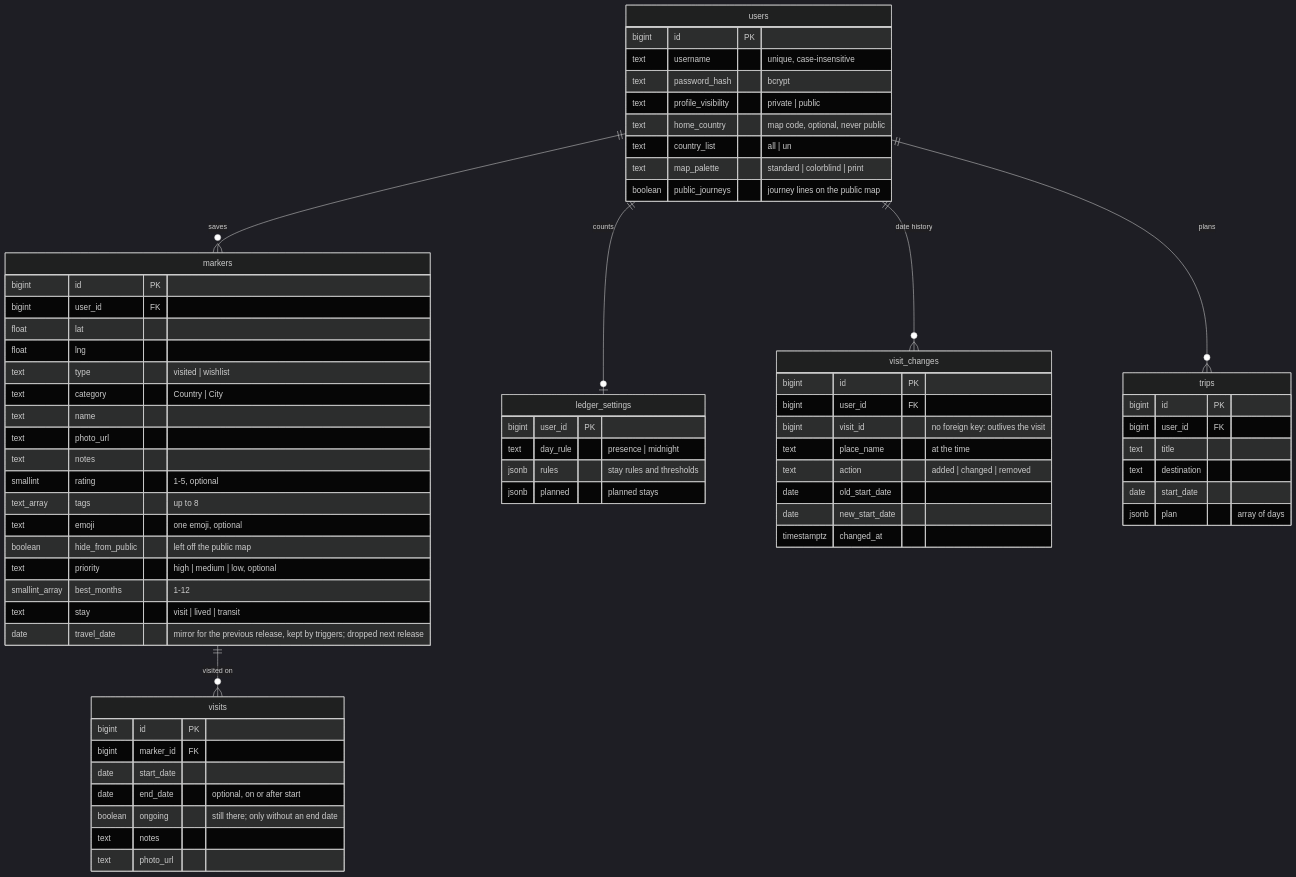
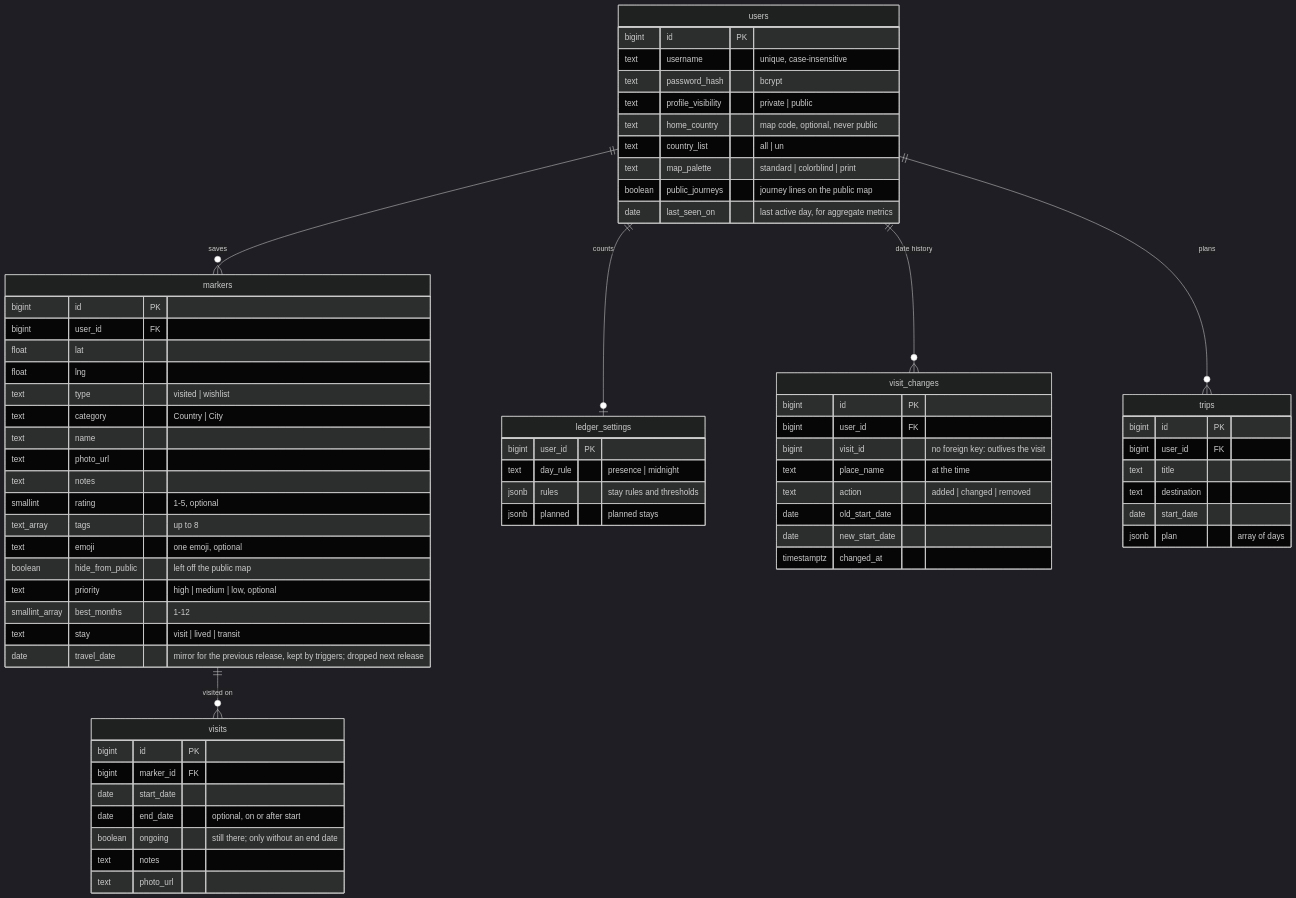
The diagram in docs/data-model.md (chefzaid/travelmapster), drawn with Mermaid (dark theme) before and after one commit. The commit also changed other lines of this file and 17 other files, not shown here.

Commit message:
Count the product funnel and account activity in aggregate metrics, without third-party analytics

````diff
--- a/docs/data-model.md
+++ b/docs/data-model.md
@@ -8,70 +8,71 @@
 ```mermaid
 erDiagram
     users ||--o{ markers : saves
     markers ||--o{ visits : "visited on"
     users ||--o| ledger_settings : counts
     users ||--o{ visit_changes : "date history"
     users ||--o{ trips : plans
     users {
         bigint id PK
         text username "unique, case-insensitive"
         text password_hash "bcrypt"
         text profile_visibility "private | public"
         text home_country "map code, optional, never public"
         text country_list "all | un"
         text map_palette "standard | colorblind | print"
         boolean public_journeys "journey lines on the public map"
+        date last_seen_on "last active day, for aggregate metrics"
     }
     markers {
         bigint id PK
         bigint user_id FK
         float lat
         float lng
         text type "visited | wishlist"
         text category "Country | City"
         text name
         text photo_url
         text notes
         smallint rating "1-5, optional"
         text_array tags "up to 8"
         text emoji "one emoji, optional"
         boolean hide_from_public "left off the public map"
         text priority "high | medium | low, optional"
         smallint_array best_months "1-12"
         text stay "visit | lived | transit"
         date travel_date "mirror for the previous release, kept by triggers; dropped next release"
     }
     visits {
         bigint id PK
         bigint marker_id FK
         date start_date
         date end_date "optional, on or after start"
         boolean ongoing "still there; only without an end date"
         text notes
         text photo_url
     }
     ledger_settings {
         bigint user_id PK
         text day_rule "presence | midnight"
         jsonb rules "stay rules and thresholds"
         jsonb planned "planned stays"
     }
     visit_changes {
         bigint id PK
         bigint user_id FK
         bigint visit_id "no foreign key: outlives the visit"
         text place_name "at the time"
         text action "added | changed | removed"
         date old_start_date
         date new_start_date
         timestamptz changed_at
     }
     trips {
         bigint id PK
         bigint user_id FK
         text title
         text destination
         date start_date
         jsonb plan "array of days"
     }
 ```
````
